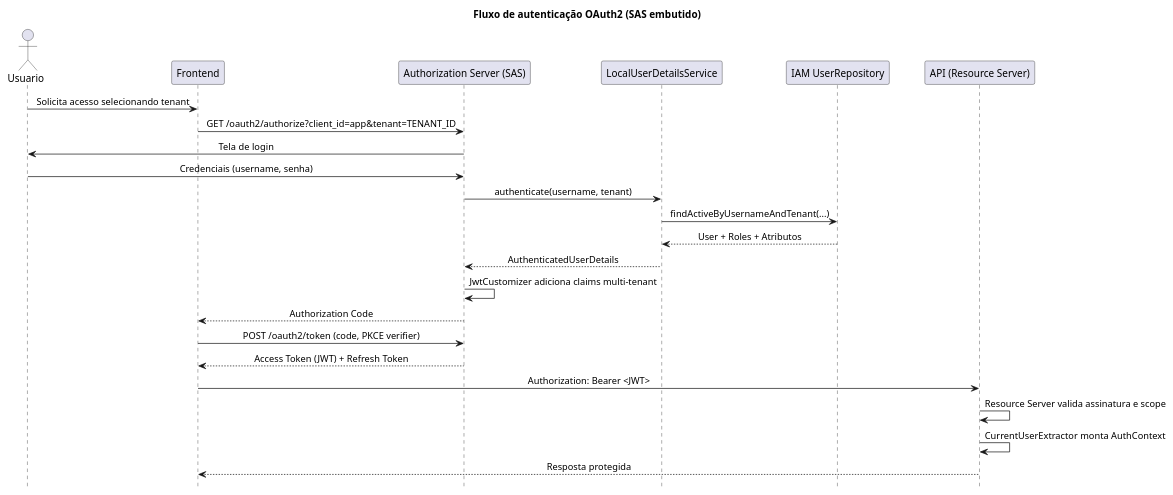
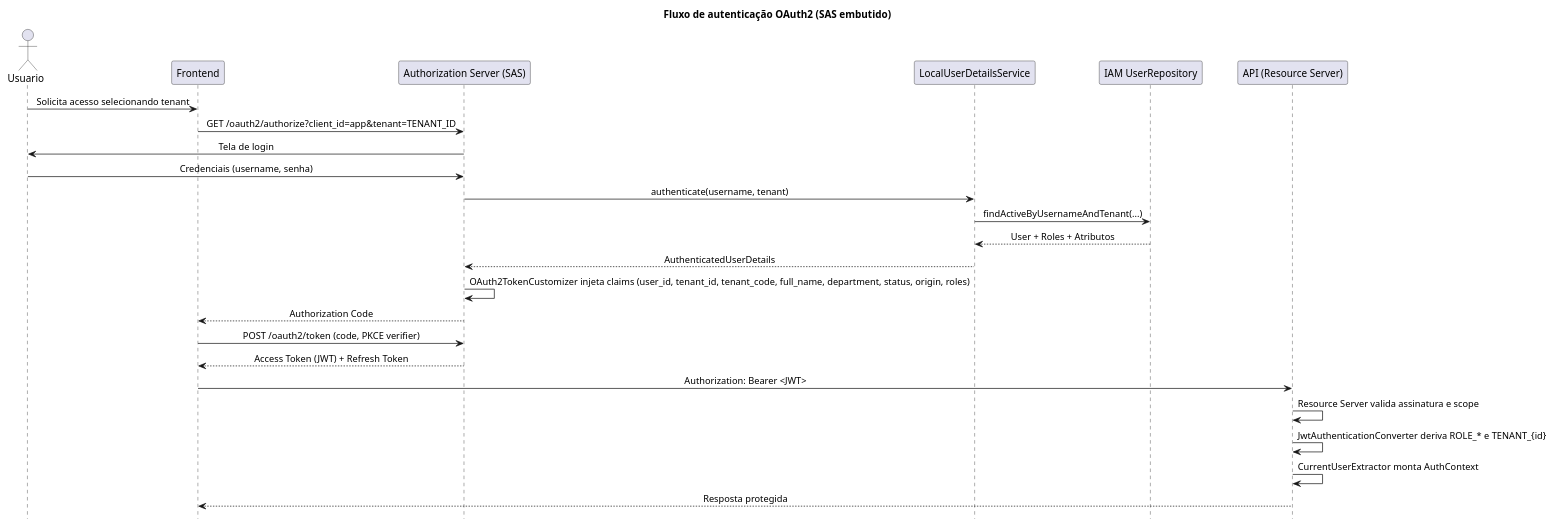
Before and after one commit to Santa-Casa-Fernandopolis/QualitasCareAPI: the diagram in docs/diagrams/security_auth_sequence_diagram.puml, drawn with PlantUML. The commit also changed 3 other files, not shown here.

Commit message:
Update security documentation and diagrams

```diff
--- a/docs/diagrams/security_auth_sequence_diagram.puml
+++ b/docs/diagrams/security_auth_sequence_diagram.puml
@@ -1,31 +1,32 @@
 @startuml
 hide footbox
 skinparam sequenceMessageAlign center
 skinparam participantPadding 20
 
 title Fluxo de autenticação OAuth2 (SAS embutido)
 
 actor Usuario as User
 participant "Frontend" as FE
 participant "Authorization Server (SAS)" as SAS
 participant "LocalUserDetailsService" as LUDS
 participant "IAM UserRepository" as REPO
 participant "API (Resource Server)" as API
 
 User -> FE: Solicita acesso selecionando tenant
 FE -> SAS: GET /oauth2/authorize?client_id=app&tenant=TENANT_ID
 SAS -> User: Tela de login
 User -> SAS: Credenciais (username, senha)
 SAS -> LUDS: authenticate(username, tenant)
 LUDS -> REPO: findActiveByUsernameAndTenant(...)
 REPO --> LUDS: User + Roles + Atributos
 LUDS --> SAS: AuthenticatedUserDetails
-SAS -> SAS: JwtCustomizer adiciona claims multi-tenant
+SAS -> SAS: OAuth2TokenCustomizer injeta claims (user_id, tenant_id, tenant_code, full_name, department, status, origin, roles)
 SAS --> FE: Authorization Code
 FE -> SAS: POST /oauth2/token (code, PKCE verifier)
 SAS --> FE: Access Token (JWT) + Refresh Token
 FE -> API: Authorization: Bearer <JWT>
 API -> API: Resource Server valida assinatura e scope
+API -> API: JwtAuthenticationConverter deriva ROLE_* e TENANT_{id}
 API -> API: CurrentUserExtractor monta AuthContext
 API --> FE: Resposta protegida
 @enduml
```
